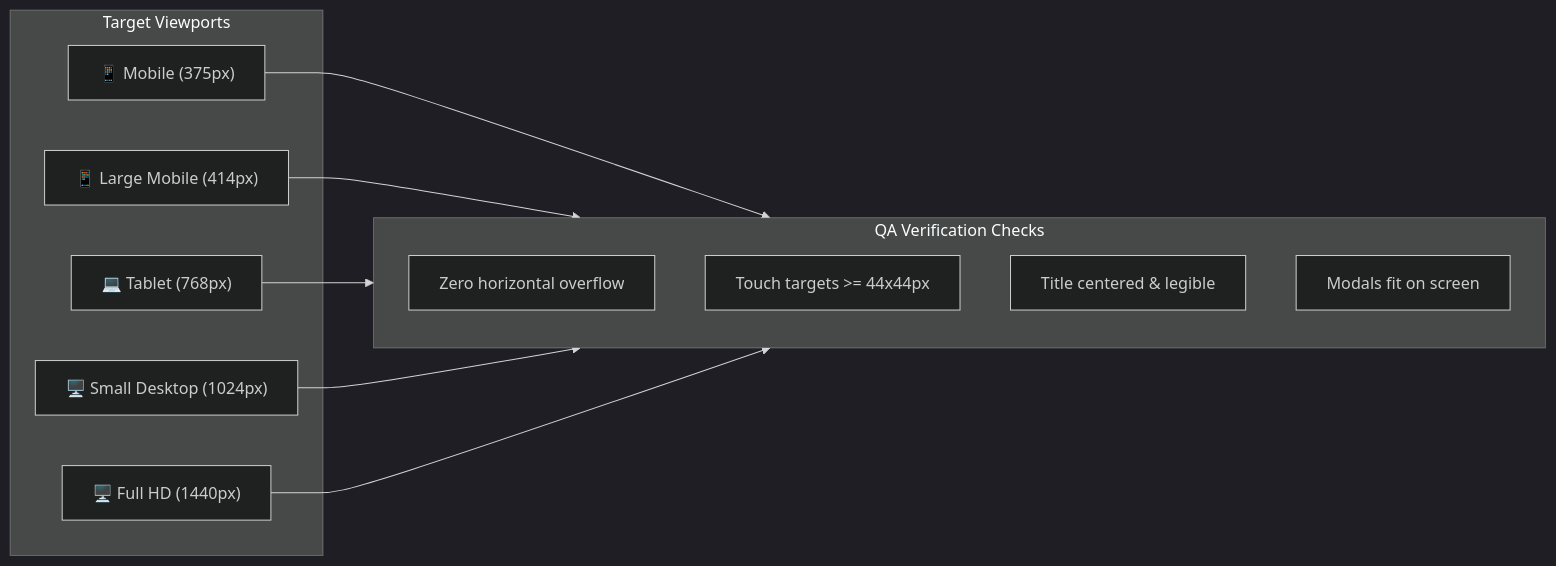
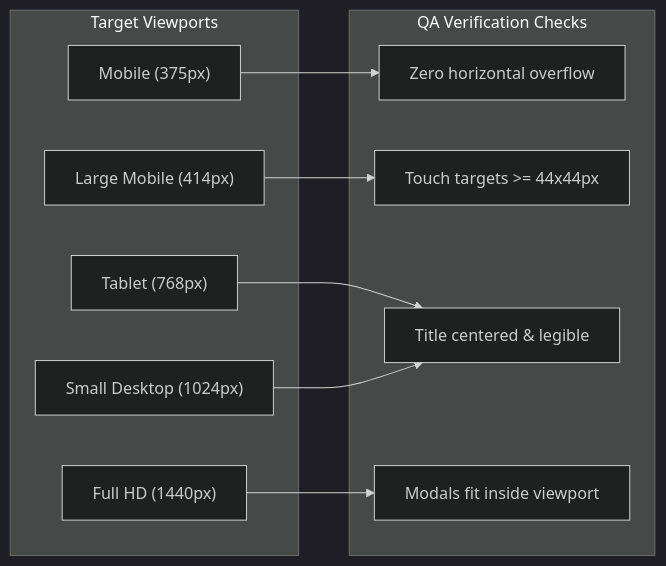
Before and after one commit to Dilkhushkumardev/TechySheikhpura: the diagram in docs/TEST_PLAN.md, drawn with Mermaid (dark theme). The commit also changed other lines of this file and 20 other files, not shown here.

````diff
--- a/docs/TEST_PLAN.md
+++ b/docs/TEST_PLAN.md
@@ -43,23 +36,23 @@
 ```mermaid
-graph LR
-    subgraph Viewports ["Target Viewports"]
-        M375["📱 Mobile (375px)"]
-        M414["📱 Large Mobile (414px)"]
-        T768["💻 Tablet (768px)"]
-        D1024["🖥️ Small Desktop (1024px)"]
-        D1440["🖥️ Full HD (1440px)"]
+flowchart LR
+    subgraph Viewports["Target Viewports"]
+        M375["Mobile (375px)"]
+        M414["Large Mobile (414px)"]
+        T768["Tablet (768px)"]
+        D1024["Small Desktop (1024px)"]
+        D1440["Full HD (1440px)"]
     end
 
-    subgraph Checks ["QA Verification Checks"]
+    subgraph Checks["QA Verification Checks"]
         C1["Zero horizontal overflow"]
         C2["Touch targets >= 44x44px"]
         C3["Title centered & legible"]
-        C4["Modals fit on screen"]
+        C4["Modals fit inside viewport"]
     end
 
-    M375 --> Checks
-    M414 --> Checks
-    T768 --> Checks
-    D1024 --> Checks
-    D1440 --> Checks
+    M375 --> C1
+    M414 --> C2
+    T768 --> C3
+    D1024 --> C3
+    D1440 --> C4
 ```
````
